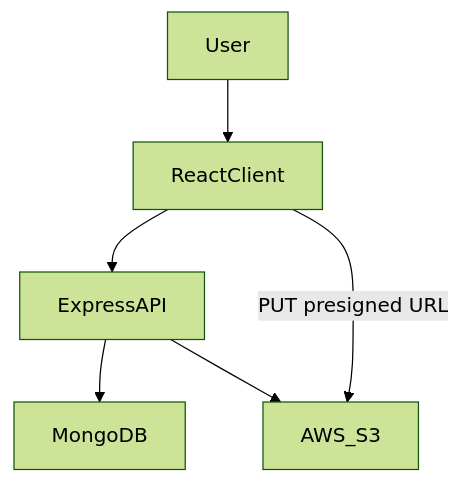
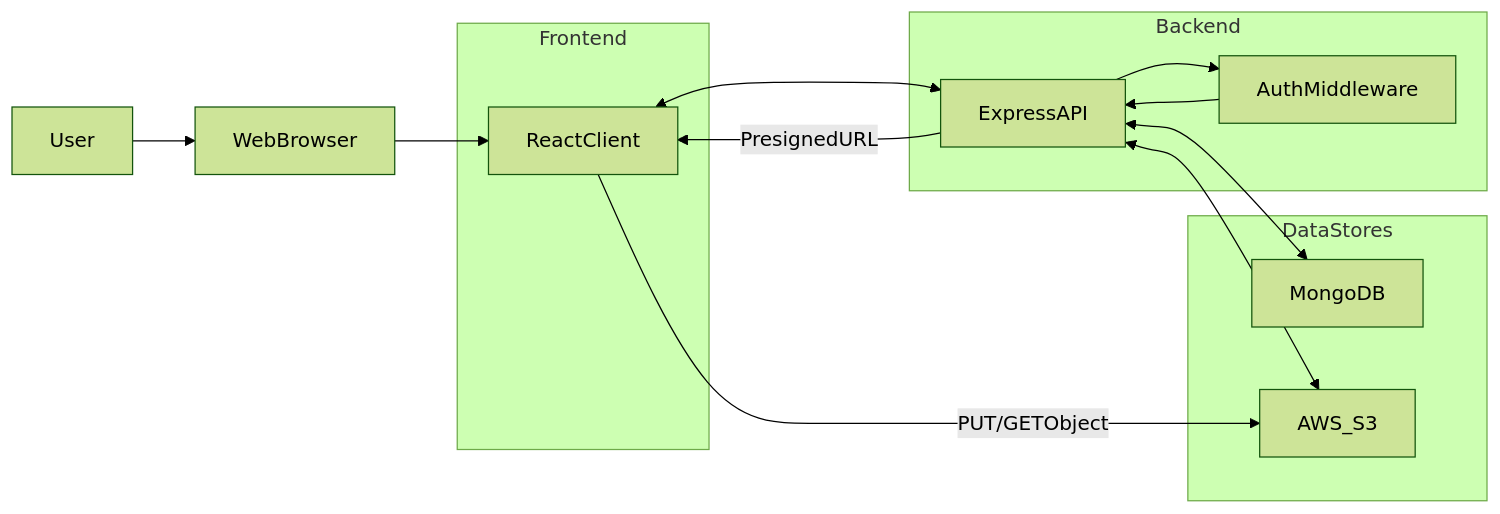
The diagram in README.md (riteshbamola/Scalable-FIle-Upload-Service), drawn with Mermaid (forest theme) before and after one commit.

````diff
--- a/README.md
+++ b/README.md
@@ -20,8 +20,27 @@
 ```mermaid
-flowchart TD
-  User[User] --> Client[ReactClient]
-  Client --> Api[ExpressAPI]
-  Api --> Mongo[MongoDB]
-  Api --> S3[AWS_S3]
-  Client -->|"PUT presigned URL"| S3
+flowchart LR
+  User[User] --> Browser[WebBrowser]
+  Browser --> Client[ReactClient]
+
+  subgraph frontend [Frontend]
+    Client
+  end
+
+  subgraph backend [Backend]
+    Api[ExpressAPI]
+    Auth[AuthMiddleware]
+  end
+
+  subgraph data [DataStores]
+    Mongo[MongoDB]
+    S3[AWS_S3]
+  end
+
+  Client <--> Api
+  Api --> Auth
+  Auth --> Api
+  Api <--> Mongo
+  Api -->|"PresignedURL"| Client
+  Client -->|"PUT/GETObject"| S3
+  Api <--> S3
 ```
````
